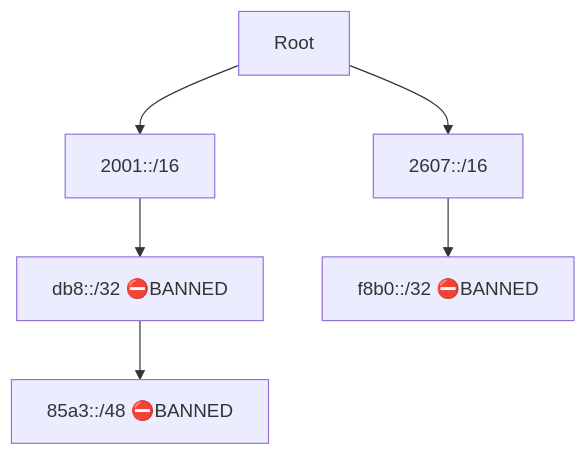
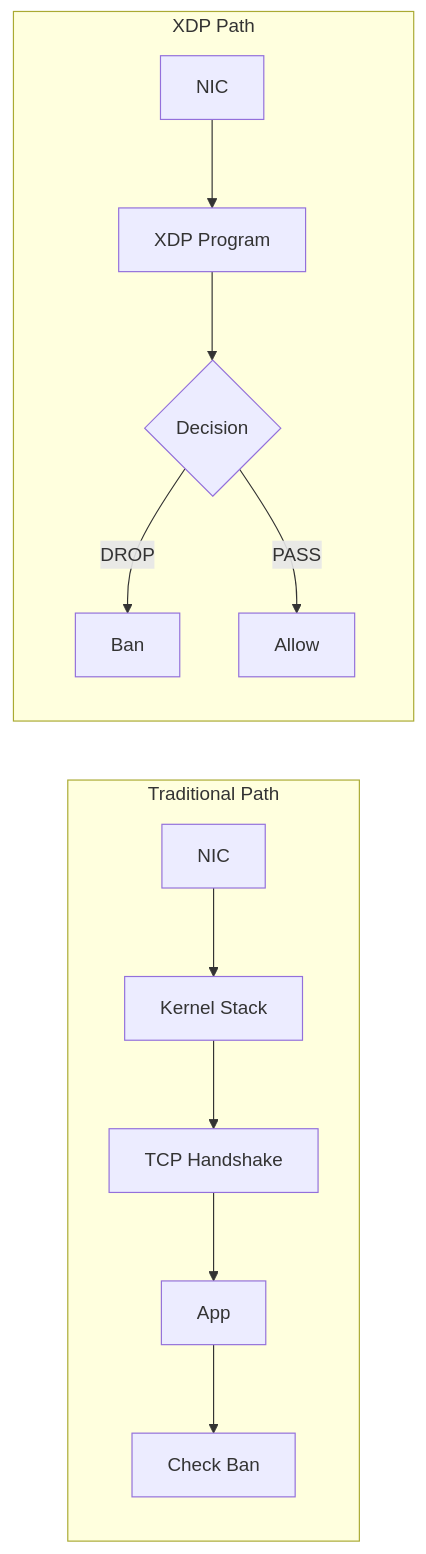
One commit to jpixy/jpixy.github.io changed the second of 5 diagrams in content/articles/system-design/sd-14-IP封禁系统设计.md. Above: the diagram before and after it, drawn with Mermaid. The commit also changed other lines of this file and 1 other file, not shown here.

First line of the commit message:
fix: simplify Mermaid diagrams and improve CSS

````diff
--- a/content/articles/system-design/sd-14-IP封禁系统设计.md
+++ b/content/articles/system-design/sd-14-IP封禁系统设计.md
@@ -265,8 +387,12 @@
 ```mermaid
-graph TD
-    A[Root] --> B[2001::/16]
-    A --> C[2607::/16]
-    B --> D[db8::/32 ⛔BANNED]
-    C --> E[f8b0::/32 ⛔BANNED]
-    D --> F[85a3::/48 ⛔BANNED]
+graph LR
+    subgraph Traditional Path
+        A1[NIC] --> B1[Kernel Stack] --> C1[TCP Handshake] --> D1[App] --> E1[Check Ban]
+    end
+    
+    subgraph XDP Path
+        A2[NIC] --> B2[XDP Program] --> C2{Decision}
+        C2 -->|DROP| D2[Ban]
+        C2 -->|PASS| E2[Allow]
+    end
 ```
````
